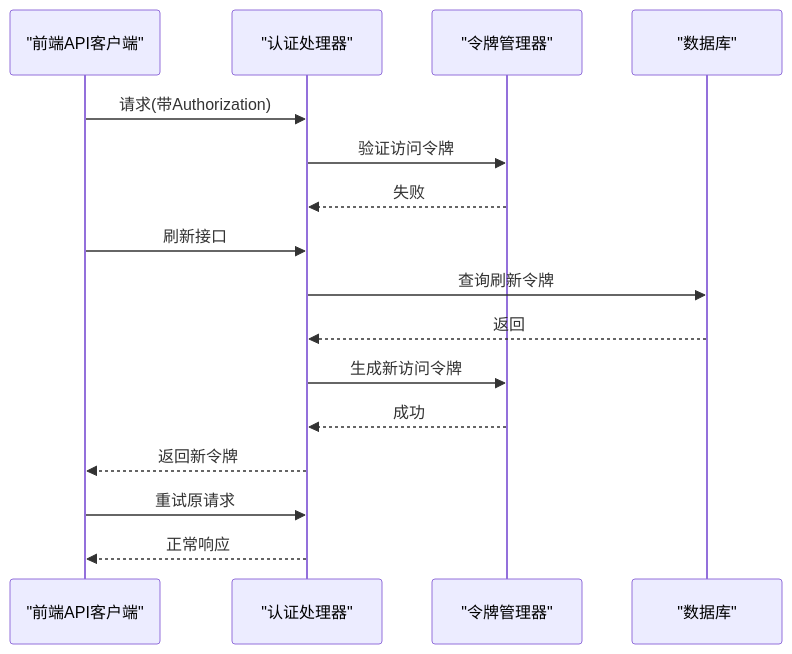
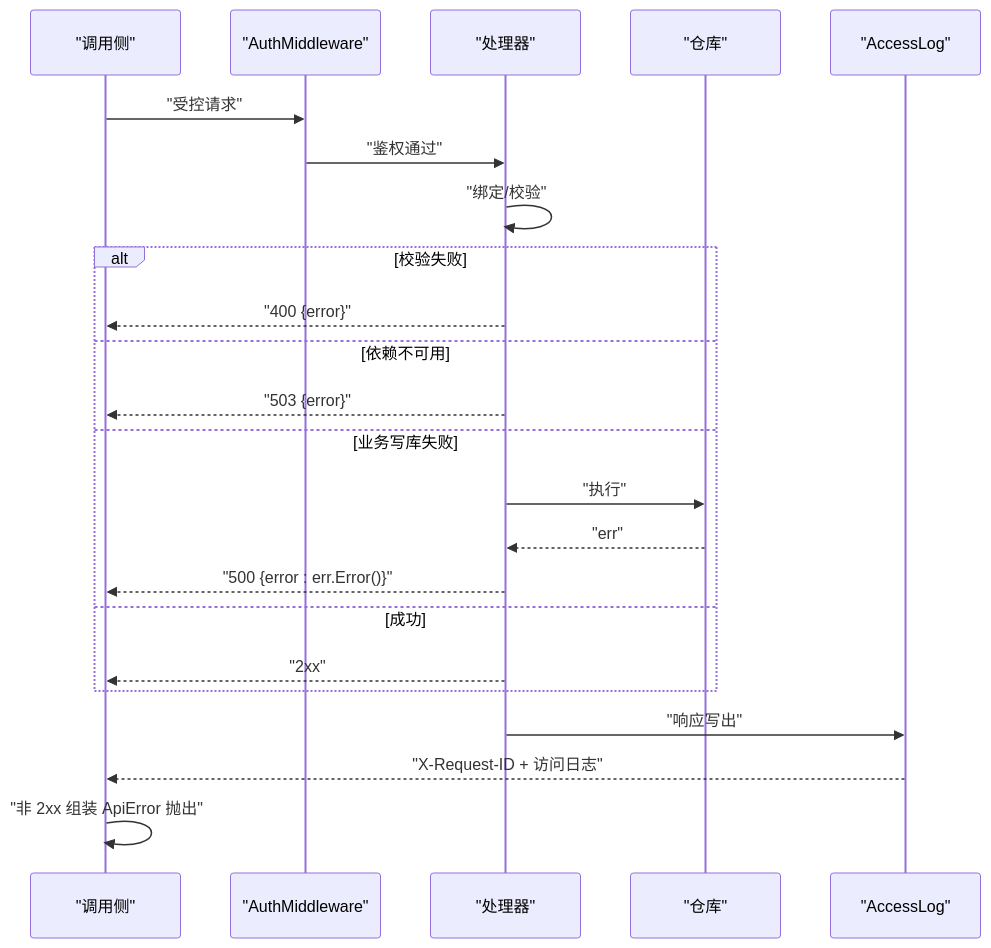
One commit to x01n/My-OpenWaf changed the third of 5 diagrams in docs/管理 API 系统/REST API 设计规范/错误处理机制.md. Above: the diagram before and after it, drawn with Mermaid. The commit also changed other lines of this file and 622 other files, not shown here.

````diff
--- a/docs/管理 API 系统/REST API 设计规范/错误处理机制.md
+++ b/docs/管理 API 系统/REST API 设计规范/错误处理机制.md
@@ -268,18 +189,25 @@
 ```mermaid
 sequenceDiagram
-participant FE as "前端API客户端"
-participant AuthH as "认证处理器"
-participant TM as "令牌管理器"
-participant DB as "数据库"
-FE->>AuthH : 请求(带Authorization)
-AuthH->>TM : 验证访问令牌
-TM-->>AuthH : 失败
-FE->>AuthH : 刷新接口
-AuthH->>DB : 查询刷新令牌
-DB-->>AuthH : 返回
-AuthH->>TM : 生成新访问令牌
-TM-->>AuthH : 成功
-AuthH-->>FE : 返回新令牌
-FE->>AuthH : 重试原请求
-AuthH-->>FE : 正常响应
+participant FE as "调用侧"
+participant AM as "AuthMiddleware"
+participant HD as "处理器"
+participant DB as "仓库"
+participant AL as "AccessLog"
+FE->>AM : "受控请求"
+AM->>HD : "鉴权通过"
+HD->>HD : "绑定/校验"
+alt 校验失败
+HD-->>FE : "400 {error}"
+else 依赖不可用
+HD-->>FE : "503 {error}"
+else 业务写库失败
+HD->>DB : "执行"
+DB-->>HD : "err"
+HD-->>FE : "500 {error : err.Error()}"
+else 成功
+HD-->>FE : "2xx"
+end
+HD->>AL : "响应写出"
+AL-->>FE : "X-Request-ID + 访问日志"
+FE->>FE : "非 2xx 组装 ApiError 抛出"
 ```
````
